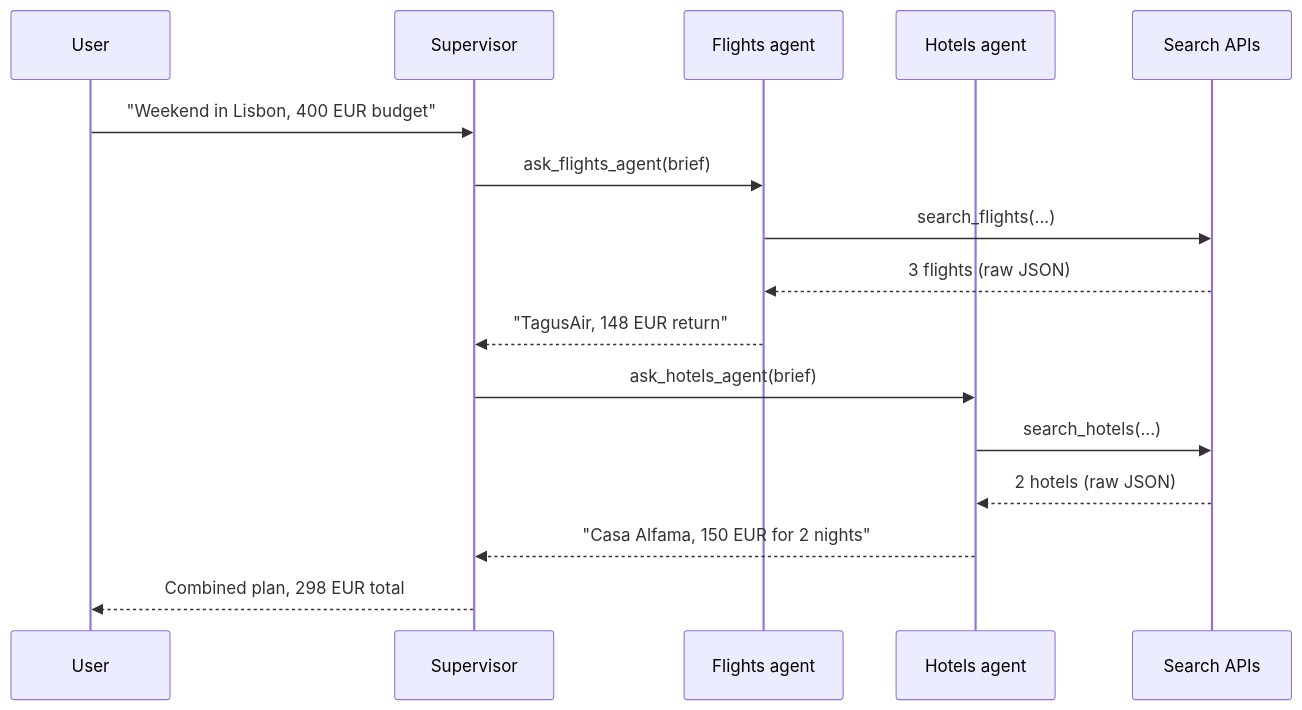
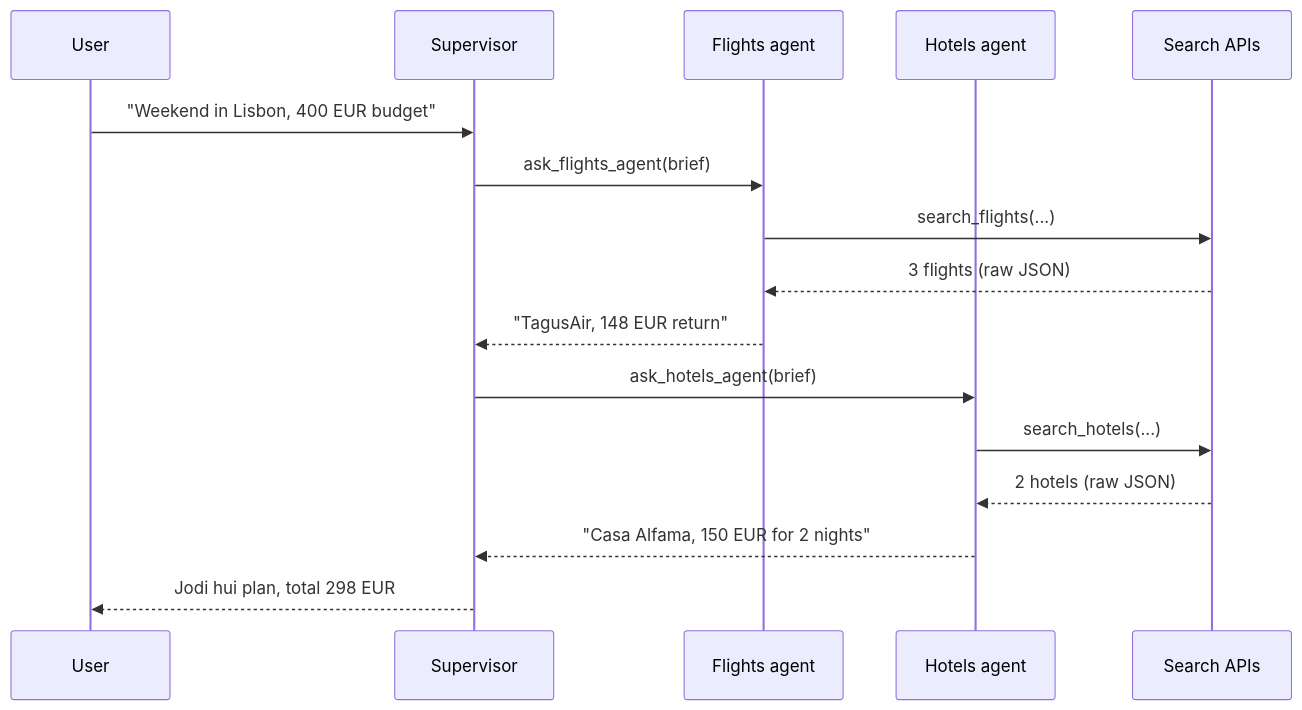
One commit to asmustechno/agentic-ai-notes changed the diagram in docs/10-multi-agent-systems/10.2-supervisor-and-hierarchical.md. Above: the diagram before and after it, drawn with Mermaid. The commit also changed other lines of this file and 135 other files, not shown here.

````diff
--- a/docs/10-multi-agent-systems/10.2-supervisor-and-hierarchical.md
+++ b/docs/10-multi-agent-systems/10.2-supervisor-and-hierarchical.md
@@ -47,18 +49,18 @@
 ```mermaid
 sequenceDiagram
     participant U as User
     participant S as Supervisor
     participant F as Flights agent
     participant H as Hotels agent
     participant API as Search APIs
     U->>S: "Weekend in Lisbon, 400 EUR budget"
     S->>F: ask_flights_agent(brief)
     F->>API: search_flights(...)
     API-->>F: 3 flights (raw JSON)
     F-->>S: "TagusAir, 148 EUR return"
     S->>H: ask_hotels_agent(brief)
     H->>API: search_hotels(...)
     API-->>H: 2 hotels (raw JSON)
     H-->>S: "Casa Alfama, 150 EUR for 2 nights"
-    S-->>U: Combined plan, 298 EUR total
+    S-->>U: Jodi hui plan, total 298 EUR
 ```
````
